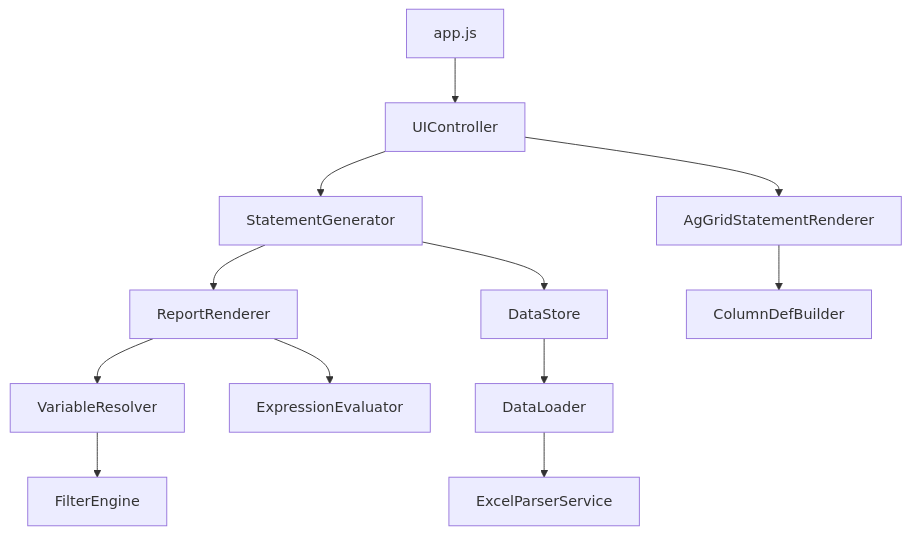
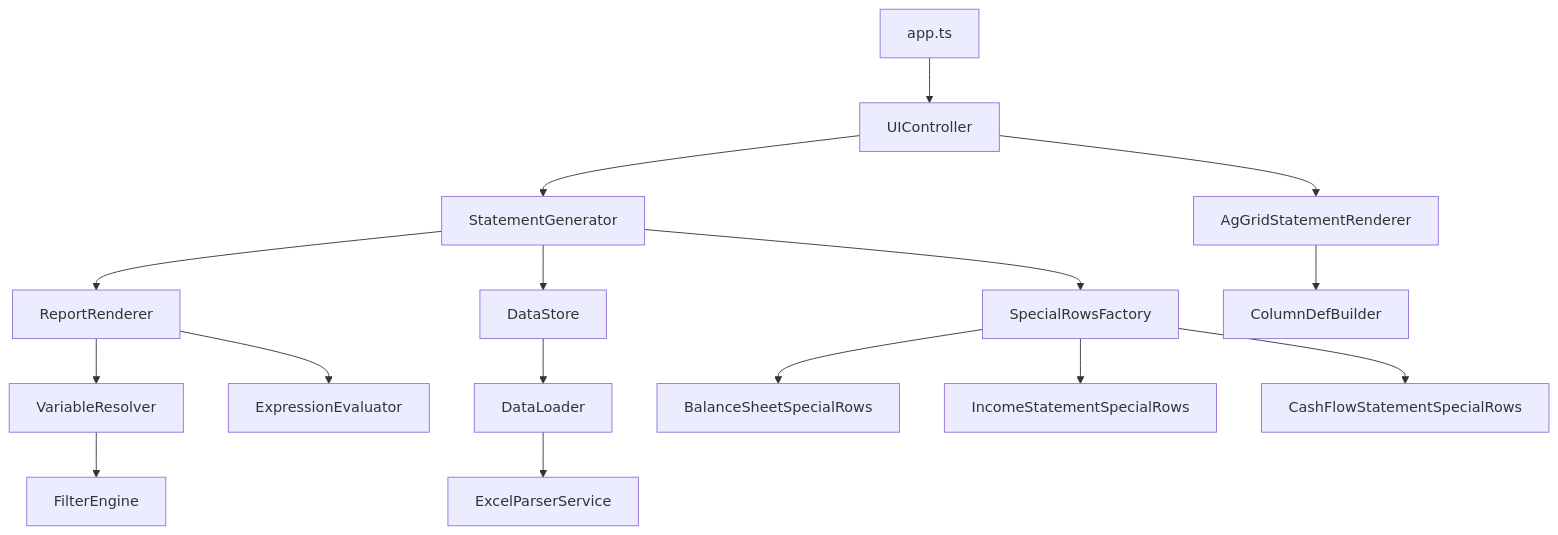
The diagram in docs/ARCHITECTURE.md (jan-ru/FPA_Arquero), drawn with Mermaid before and after one commit. The commit also changed other lines of this file and 123 other files, not shown here.

````diff
--- a/docs/ARCHITECTURE.md
+++ b/docs/ARCHITECTURE.md
@@ -140,14 +149,18 @@
 ```mermaid
 graph TD
-    A[app.js] --> B[UIController]
+    A[app.ts] --> B[UIController]
     B --> C[StatementGenerator]
     B --> D[AgGridStatementRenderer]
     C --> E[ReportRenderer]
     C --> F[DataStore]
-    E --> G[VariableResolver]
-    E --> H[ExpressionEvaluator]
-    G --> I[FilterEngine]
-    F --> J[DataLoader]
-    J --> K[ExcelParserService]
-    D --> L[ColumnDefBuilder]
+    C --> G[SpecialRowsFactory]
+    E --> H[VariableResolver]
+    E --> I[ExpressionEvaluator]
+    H --> J[FilterEngine]
+    F --> K[DataLoader]
+    K --> L[ExcelParserService]
+    D --> M[ColumnDefBuilder]
+    G --> N[BalanceSheetSpecialRows]
+    G --> O[IncomeStatementSpecialRows]
+    G --> P[CashFlowStatementSpecialRows]
 ```
````
